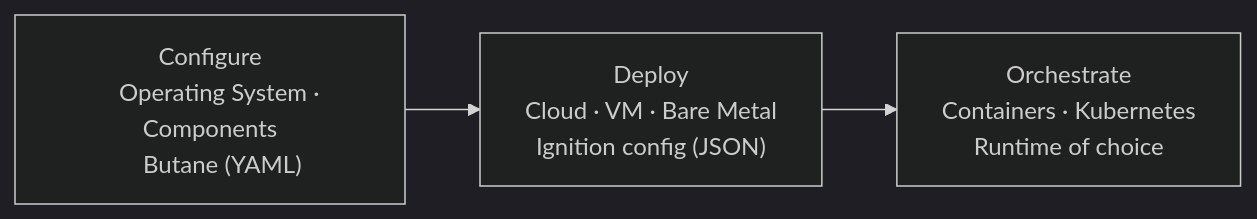
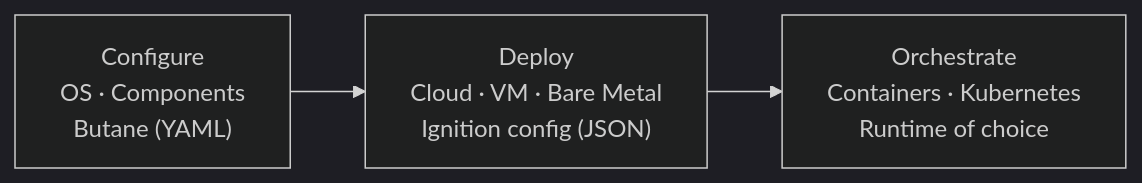
The diagram in content/docs/latest/getting-started/_index.md (flatcar/flatcar-website), drawn with Mermaid (dark theme) before and after one commit.

Commit message:
mermaid tweak

````diff
--- a/content/docs/latest/getting-started/_index.md
+++ b/content/docs/latest/getting-started/_index.md
@@ -23,10 +23,10 @@
 ```mermaid
 flowchart LR
     A["Configure
-    Operating System · Components
+    OS · Components
     Butane (YAML)"] --> B["Deploy
     Cloud · VM · Bare Metal
     Ignition config (JSON)"] --> C["Orchestrate
     Containers · Kubernetes
     Runtime of choice"]
 ```
````
